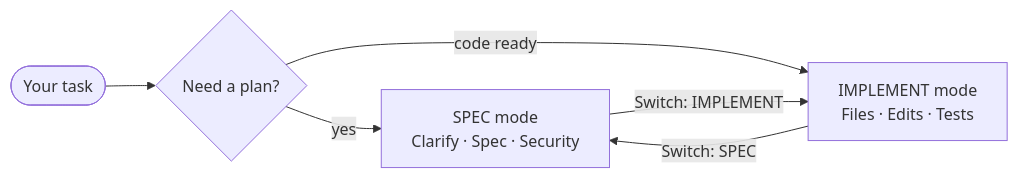
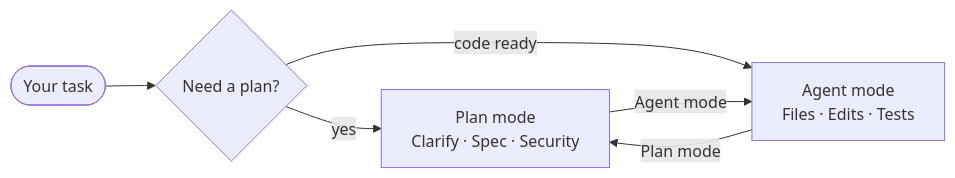
Before and after one commit to rwyatt2/AI-Productivity: the diagram in site/docs/intro.md, drawn with Mermaid. The commit also changed other lines of this file and 8 other files, not shown here.

````diff
--- a/site/docs/intro.md
+++ b/site/docs/intro.md
@@ -43,8 +43,8 @@
 ```mermaid
 flowchart LR
   task([Your task]) --> route{Need a plan?}
-  route -->|yes| spec["SPEC mode\nClarify · Spec · Security"]
-  route -->|"code ready"| impl["IMPLEMENT mode\nFiles · Edits · Tests"]
-  spec -->|"Switch: IMPLEMENT"| impl
-  impl -->|"Switch: SPEC"| spec
+  route -->|yes| spec["Plan mode\nClarify · Spec · Security"]
+  route -->|"code ready"| impl["Agent mode\nFiles · Edits · Tests"]
+  spec -->|"Agent mode"| impl
+  impl -->|"Plan mode"| spec
 ```
````
